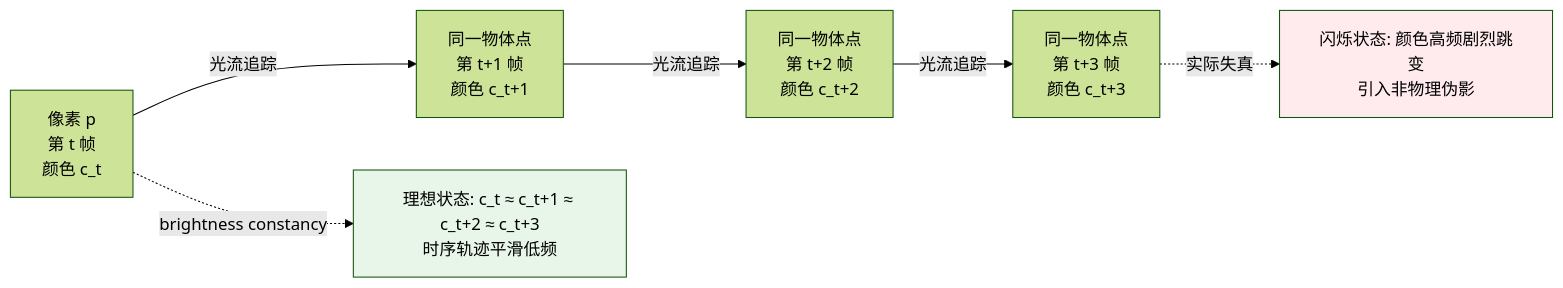
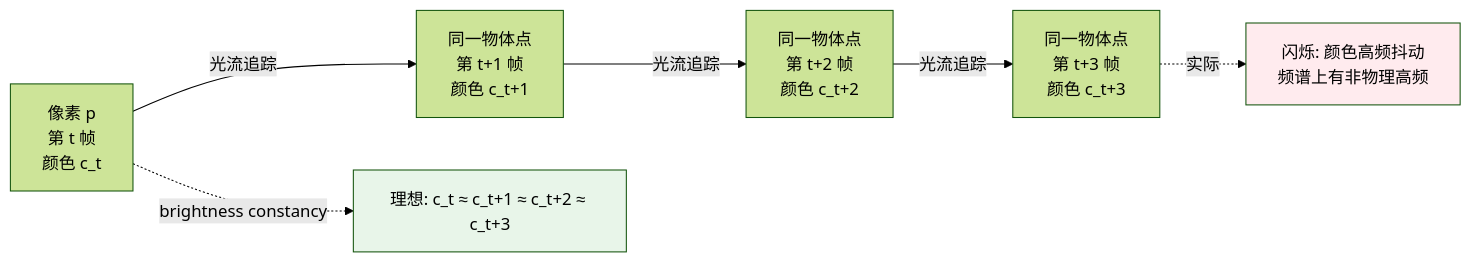
Before and after one commit to yingwang/image-enhancement-guide: the diagram in chapters/13-video-basics.md, drawn with Mermaid (forest theme). The commit also changed other lines of this file and 18 other files, not shown here.

````diff
--- a/chapters/13-video-basics.md
+++ b/chapters/13-video-basics.md
@@ -118,11 +124,11 @@
 ```mermaid
 graph LR
     P0[像素 p<br/>第 t 帧<br/>颜色 c_t] -->|光流追踪| P1[同一物体点<br/>第 t+1 帧<br/>颜色 c_t+1]
     P1 -->|光流追踪| P2[同一物体点<br/>第 t+2 帧<br/>颜色 c_t+2]
     P2 -->|光流追踪| P3[同一物体点<br/>第 t+3 帧<br/>颜色 c_t+3]
-    P0 -. brightness constancy .-> Q[理想状态: c_t ≈ c_t+1 ≈ c_t+2 ≈ c_t+3<br/>时序轨迹平滑低频]
-    P3 -. 实际失真 .-> R[闪烁状态: 颜色高频剧烈跳变<br/>引入非物理伪影]
+    P0 -. brightness constancy .-> Q[理想: c_t ≈ c_t+1 ≈ c_t+2 ≈ c_t+3]
+    P3 -. 实际 .-> R[闪烁: 颜色高频抖动<br/>频谱上有非物理高频]
 
     style Q fill:#e8f5e9
     style R fill:#ffebee
 ```
````
